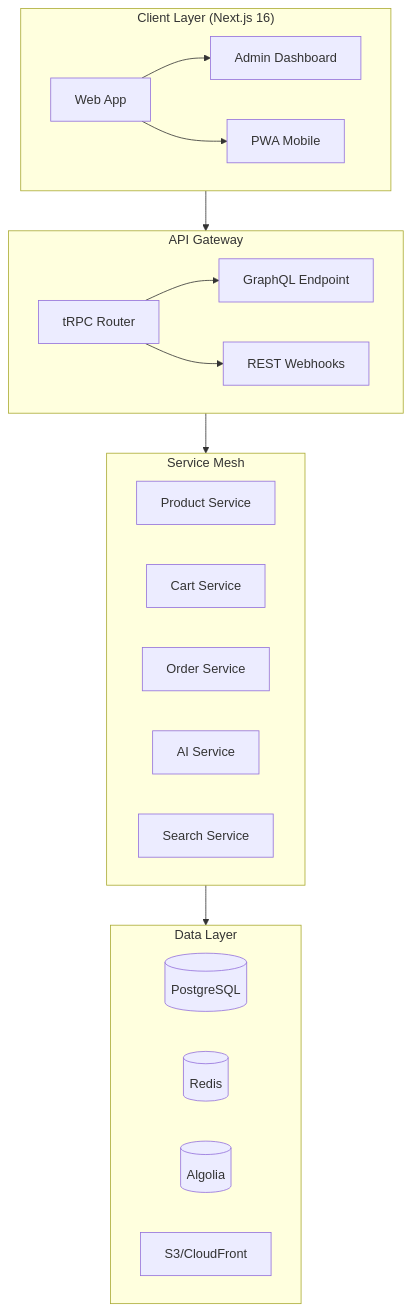
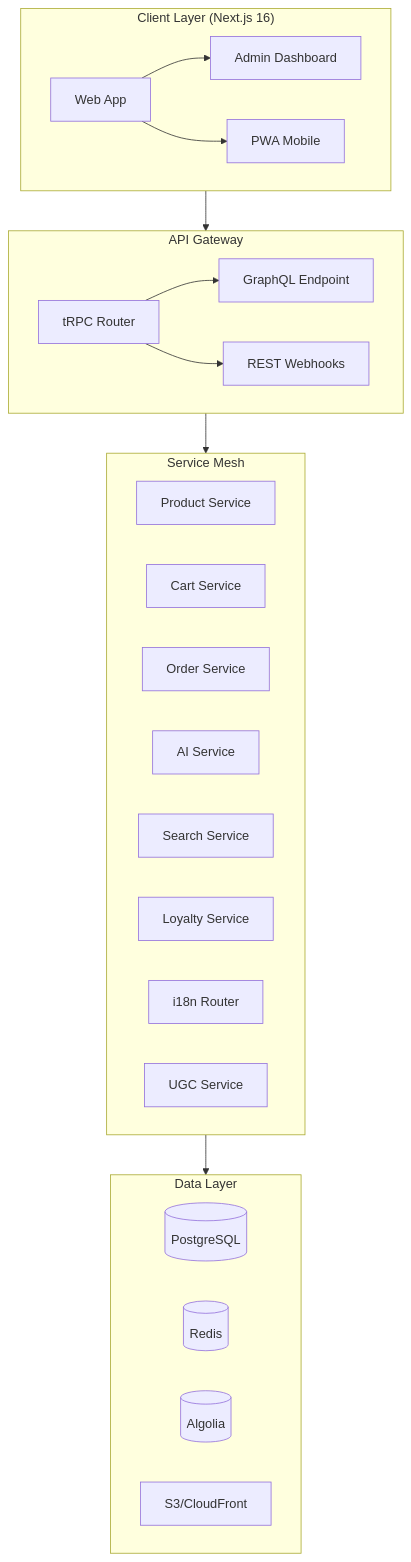
One commit to nordeim/LuxeVerse changed the first of 2 diagrams in README.md. Above: the diagram before and after it, drawn with Mermaid. The commit also changed other lines of this file and 5 other files, not shown here.

````diff
--- a/README.md
+++ b/README.md
@@ -50,31 +55,34 @@
 ```mermaid
 flowchart TB
     subgraph Client["Client Layer (Next.js 16)"]
         A[Web App] --> B[Admin Dashboard]
         A --> C[PWA Mobile]
     end
 
     subgraph API["API Gateway"]
         D[tRPC Router] --> E[GraphQL Endpoint]
         D --> F[REST Webhooks]
     end
 
     subgraph Services["Service Mesh"]
         G[Product Service]
         H[Cart Service]
         I[Order Service]
         J[AI Service]
         K[Search Service]
+        L[Loyalty Service]
+        M[i18n Router]
+        N[UGC Service]
     end
 
     subgraph Data["Data Layer"]
-        L[(PostgreSQL)]
-        M[(Redis)]
-        N[(Algolia)]
-        O[S3/CloudFront]
+        O[(PostgreSQL)]
+        P[(Redis)]
+        Q[(Algolia)]
+        R[S3/CloudFront]
     end
 
     Client --> API
     API --> Services
     Services --> Data
 ```
````
